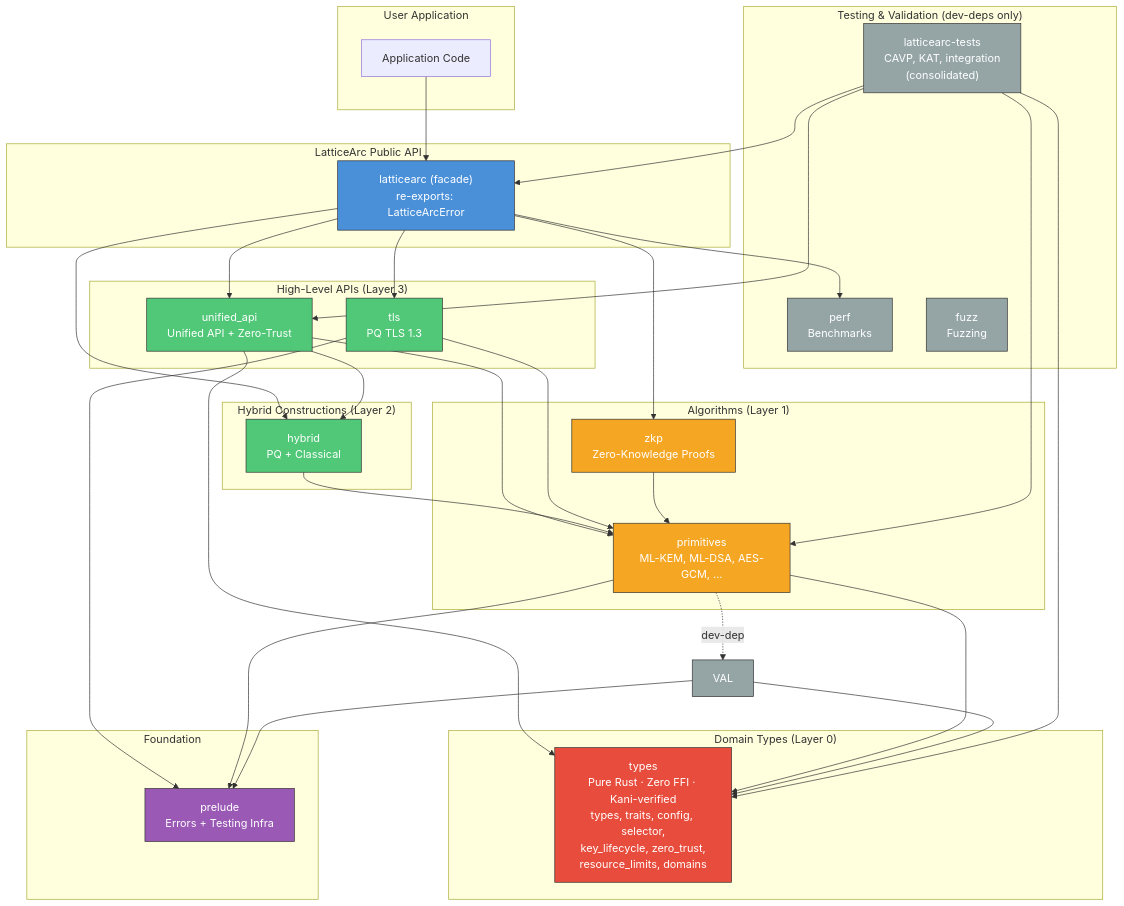
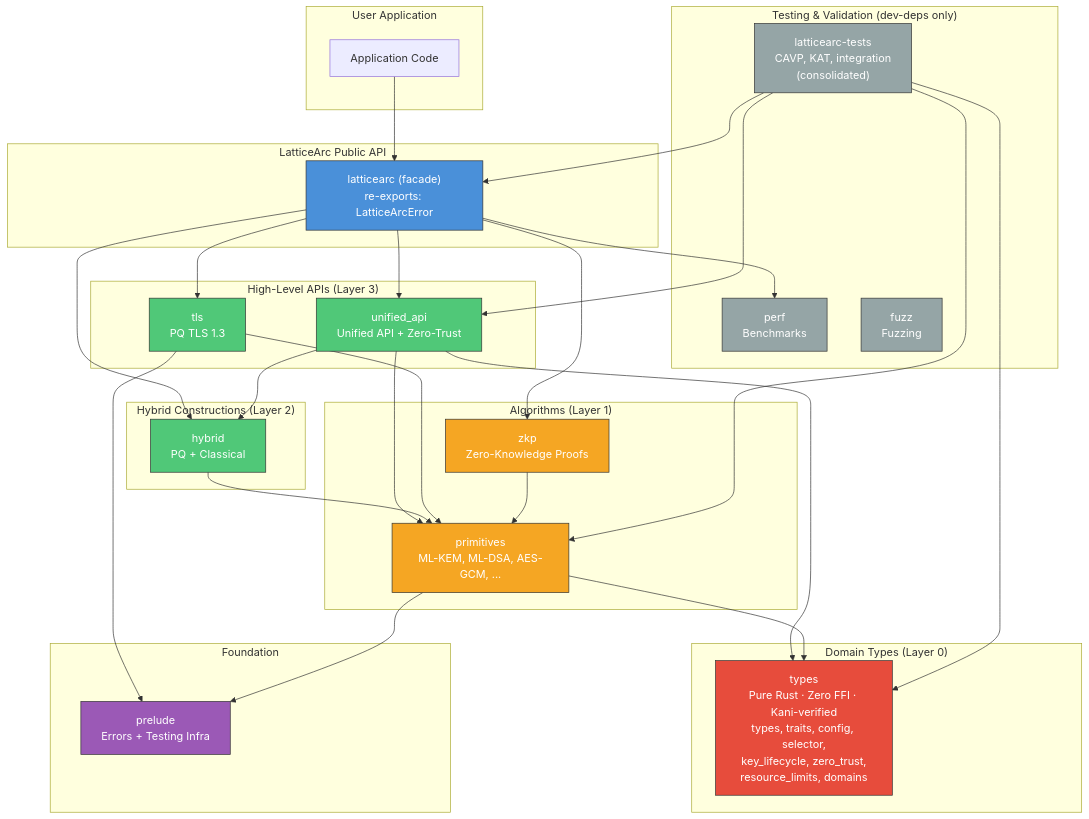
The first of 11 diagrams in docs/DESIGN.md (LatticeArc/latticearc), drawn with Mermaid before and after one commit. The commit also changed other lines of this file and 9 other files, not shown here.

First line of the commit message:
docs: restructure all docs for better flow, add 7 mermaid diagrams, fix links

````diff
--- a/docs/DESIGN.md
+++ b/docs/DESIGN.md
@@ -37,76 +37,73 @@
 ```mermaid
 graph TB
     subgraph "User Application"
         APP[Application Code]
     end
 
     subgraph "LatticeArc Public API"
         MAIN["latticearc (facade)<br/>re-exports: LatticeArcError"]
     end
 
     subgraph "High-Level APIs (Layer 3)"
         CORE[unified_api<br/>Unified API + Zero-Trust]
         TLS[tls<br/>PQ TLS 1.3]
     end
 
     subgraph "Hybrid Constructions (Layer 2)"
         HYBRID[hybrid<br/>PQ + Classical]
     end
 
     subgraph "Algorithms (Layer 1)"
         PRIM[primitives<br/>ML-KEM, ML-DSA, AES-GCM, ...]
         ZKP[zkp<br/>Zero-Knowledge Proofs]
     end
 
     subgraph "Domain Types (Layer 0)"
         TYPES["types<br/>Pure Rust · Zero FFI · Kani-verified<br/>types, traits, config, selector,<br/>key_lifecycle, zero_trust,<br/>resource_limits, domains"]
     end
 
     subgraph "Foundation"
         PRELUDE[prelude<br/>Errors + Testing Infra]
     end
 
     subgraph "Testing & Validation (dev-deps only)"
         TESTS["latticearc-tests<br/>CAVP, KAT, integration<br/>(consolidated)"]
         PERF[perf<br/>Benchmarks]
         FUZZ[fuzz<br/>Fuzzing]
     end
 
     APP --> MAIN
     MAIN --> CORE
     MAIN --> HYBRID
     MAIN --> TLS
     MAIN --> ZKP
     MAIN --> PERF
     CORE --> TYPES
     CORE --> PRIM
     CORE --> HYBRID
     HYBRID --> PRIM
     TLS --> PRIM
     TLS --> PRELUDE
     ZKP --> PRIM
     PRIM --> TYPES
     PRIM --> PRELUDE
-    PRIM -.->|dev-dep| VAL
-    VAL --> PRELUDE
-    VAL --> TYPES
     TESTS --> MAIN
     TESTS --> CORE
     TESTS --> PRIM
     TESTS --> TYPES
 
     classDef facade fill:#4a90d9,stroke:#333,color:#fff
     classDef highlevel fill:#50c878,stroke:#333,color:#fff
     classDef core fill:#f5a623,stroke:#333,color:#fff
     classDef types fill:#e74c3c,stroke:#333,color:#fff
     classDef foundation fill:#9b59b6,stroke:#333,color:#fff
     classDef testing fill:#95a5a6,stroke:#333,color:#fff
 
     class MAIN facade
     class CORE,TLS highlevel
     class HYBRID highlevel
     class TYPES types
     class PRIM,ZKP core
     class PRELUDE foundation
-    class VAL,PERF,TESTS,FUZZ testing
+    class PERF,TESTS,FUZZ testing
 ```
````
